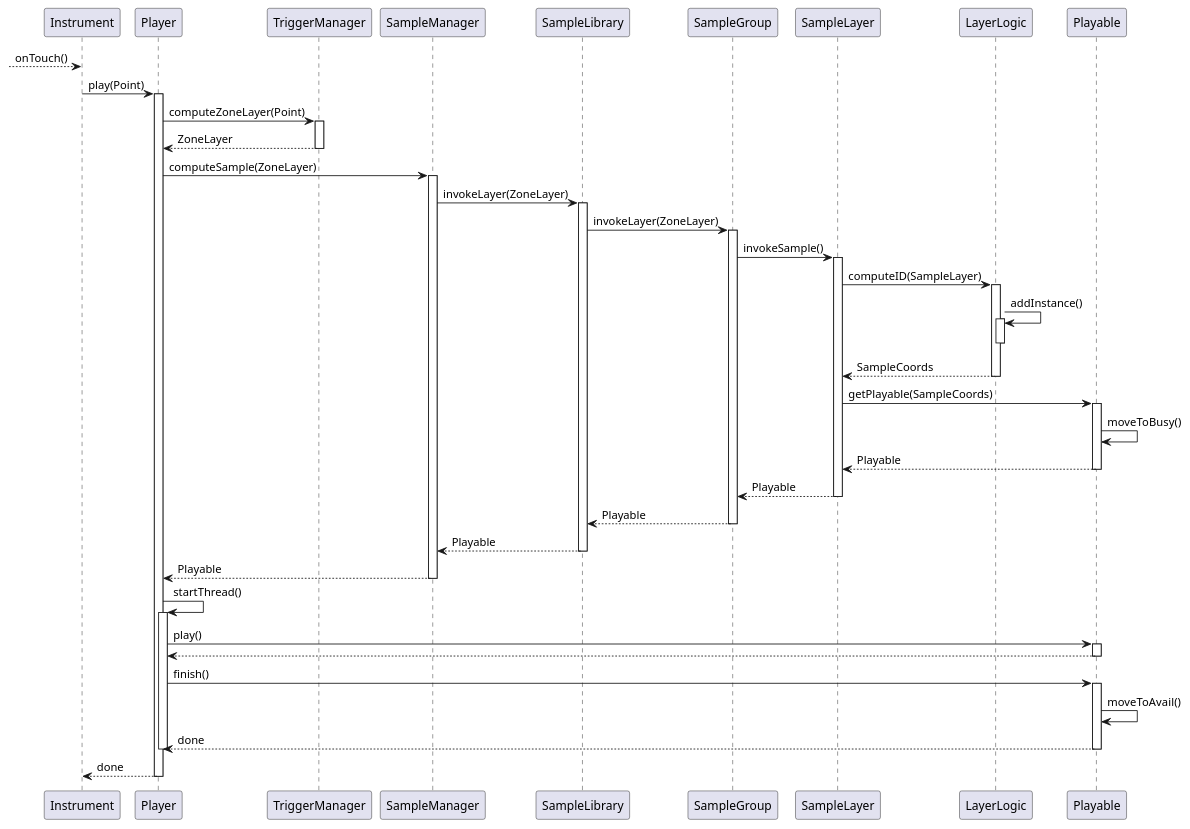
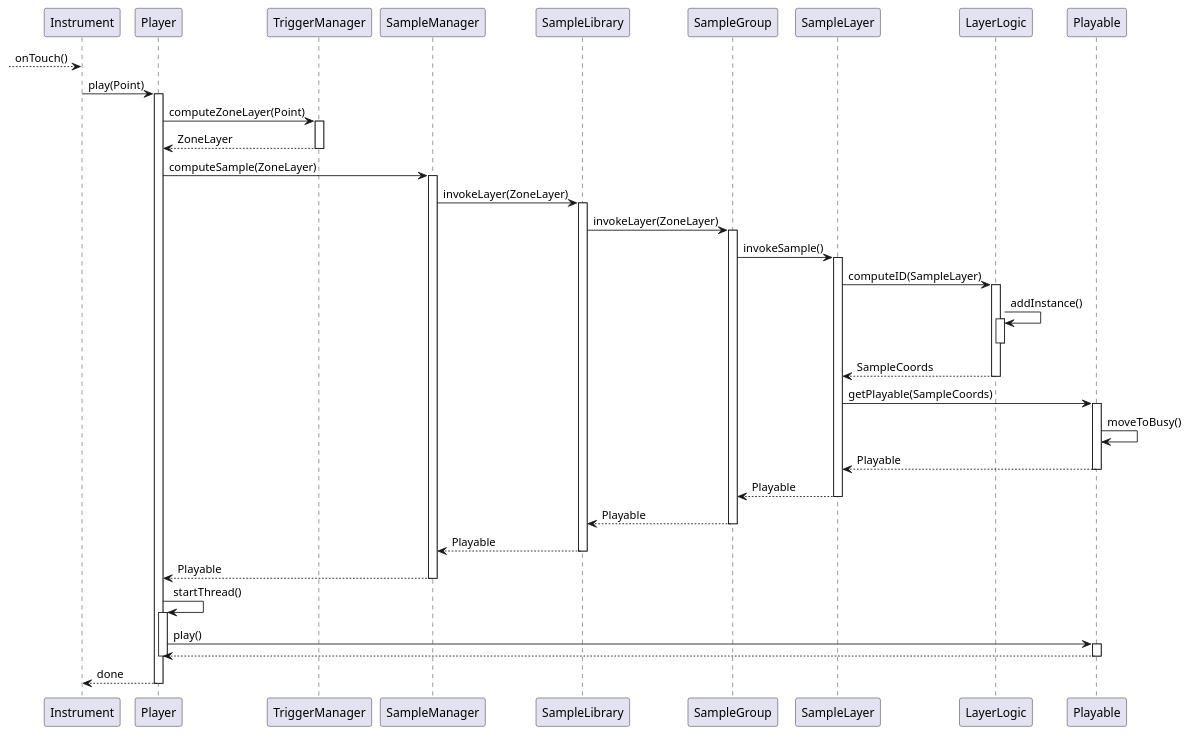
Before and after one commit to tunepruner/FingerPerc: the diagram in app/Documentation/playSampleSequence.puml, drawn with PlantUML. The commit also changed 168 other files, not shown here.

```diff
--- a/app/Documentation/playSampleSequence.puml
+++ b/app/Documentation/playSampleSequence.puml
@@ -1,37 +1,34 @@
 @startuml
 -->Instrument: onTouch()
 
 
 Instrument->Player++: play(Point)
 Player->TriggerManager++: computeZoneLayer(Point)
 return ZoneLayer
 
 
 Player->SampleManager++: computeSample(ZoneLayer)
 SampleManager->SampleLibrary++: invokeLayer(ZoneLayer)
 SampleLibrary->SampleGroup++: invokeLayer(ZoneLayer)
 SampleGroup->SampleLayer++: invokeSample()
 SampleLayer->LayerLogic++:computeID(SampleLayer)
 LayerLogic->LayerLogic++:addInstance()
 deactivate
 return SampleCoords
 SampleLayer->Playable++:getPlayable(SampleCoords)
 Playable->Playable:moveToBusy()
 
 
 return Playable
 return Playable
 return Playable
 return Playable
 return Playable
 
 Player->Player++:startThread()
 
 Player->Playable++: play()
 return
-Player->Playable++: finish()
-Playable->Playable: moveToAvail()
-return done
 deactivate
 return done
 @enduml
```
